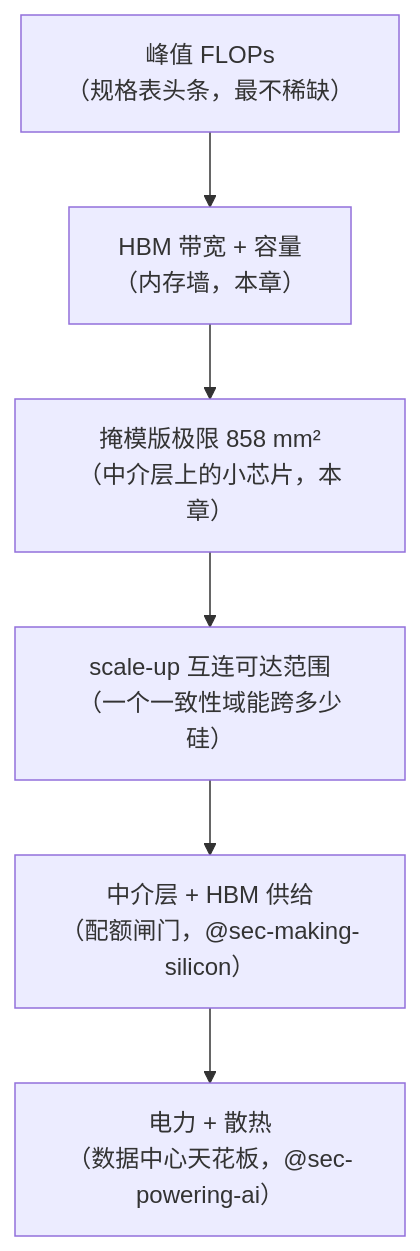
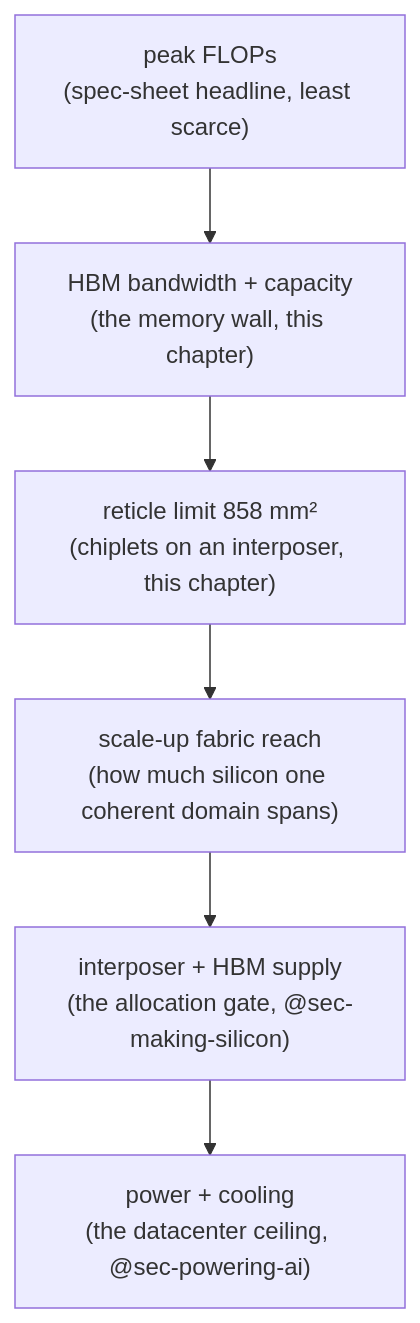
Before and after one commit to latere-ai/ai-as-an-infrastructure: the first of 4 diagrams in zh/p11-frontiers/45-the-compute-frontier.qmd, drawn with Mermaid. The commit also changed other lines of this file and 106 other files, not shown here.

````diff
--- a/zh/p11-frontiers/45-the-compute-frontier.qmd
+++ b/zh/p11-frontiers/45-the-compute-frontier.qmd
@@ -13,12 +13,12 @@
 ```{mermaid}
 %%| label: fig-compute-frontier-walls
 %%| fig-cap: "把前沿看作一摞天花板，每一道在不同层级生效。规格表头条的峰值 FLOPs 在最底层、最不稀缺；字节、封装面积、互连可达范围与兆瓦在它之上生效。本部分后面的每一章各自负责其中一道天花板。"
 flowchart TB
-  flops["峰值 FLOPs<br/>（规格表头条，最不稀缺）"]
-  hbm["HBM 带宽 + 容量<br/>（内存墙，本章）"]
-  retic["掩模版极限 858 mm²<br/>（中介层上的小芯片，本章）"]
-  fabric["scale-up 互连可达范围<br/>（一个一致性域能跨多少硅）"]
-  supply["中介层 + HBM 供给<br/>（配额闸门，@sec-making-silicon）"]
-  power["电力 + 散热<br/>（数据中心天花板，@sec-powering-ai）"]
+  flops["peak FLOPs<br/>(spec-sheet headline, least scarce)"]
+  hbm["HBM bandwidth + capacity<br/>(the memory wall, this chapter)"]
+  retic["reticle limit 858 mm²<br/>(chiplets on an interposer, this chapter)"]
+  fabric["scale-up fabric reach<br/>(how much silicon one coherent domain spans)"]
+  supply["interposer + HBM supply<br/>(the allocation gate, @sec-making-silicon)"]
+  power["power + cooling<br/>(the datacenter ceiling, @sec-powering-ai)"]
   flops --> hbm --> retic --> fabric --> supply --> power
 ```
````
